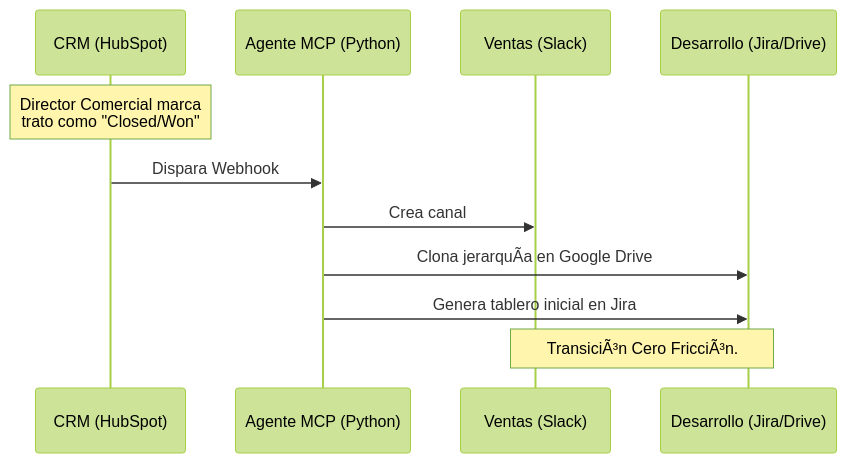
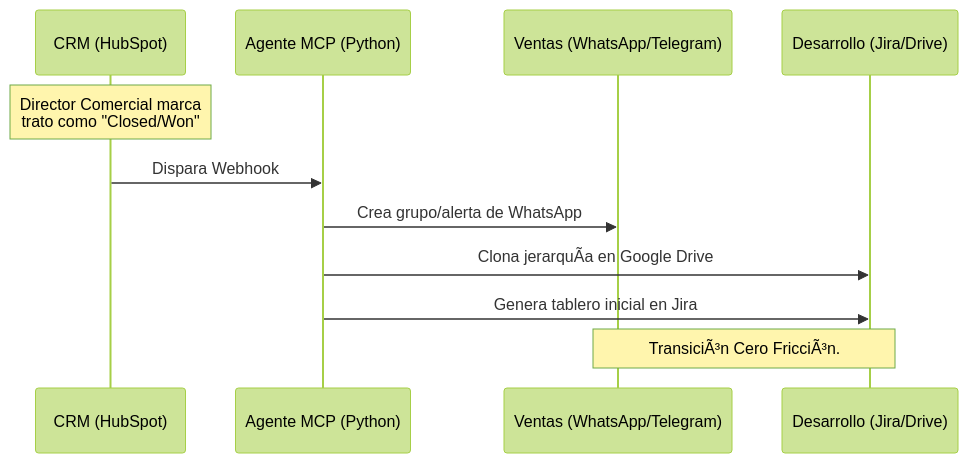
The second of 3 diagrams in estrategia_captacion_b2b.md (jahflavio/bluepixel), drawn with Mermaid (forest theme) before and after one commit. The commit also changed other lines of this file and 3 other files, not shown here.

Commit message:
feat: add interview cheat sheet and update B2B strategy with agile transition roadmap

````diff
--- a/estrategia_captacion_b2b.md
+++ b/estrategia_captacion_b2b.md
@@ -210,13 +210,13 @@
 ```mermaid
 sequenceDiagram
     participant HubSpot as CRM (HubSpot)
     participant MCP as Agente MCP (Python)
-    participant Slack as Ventas (Slack)
+    participant WA as Ventas (WhatsApp/Telegram)
     participant Dev as Desarrollo (Jira/Drive)
     Note over HubSpot: Director Comercial marca<br/>trato como "Closed/Won"
     HubSpot->>MCP: Dispara Webhook
-    MCP->>Slack: Crea canal #cliente-proyecto
+    MCP->>WA: Crea grupo/alerta de WhatsApp
     MCP->>Dev: Clona jerarquÃ­a en Google Drive
     MCP->>Dev: Genera tablero inicial en Jira
-    Note over Slack,Dev: TransiciÃ³n Cero FricciÃ³n.
+    Note over WA,Dev: TransiciÃ³n Cero FricciÃ³n.
 ```
````
